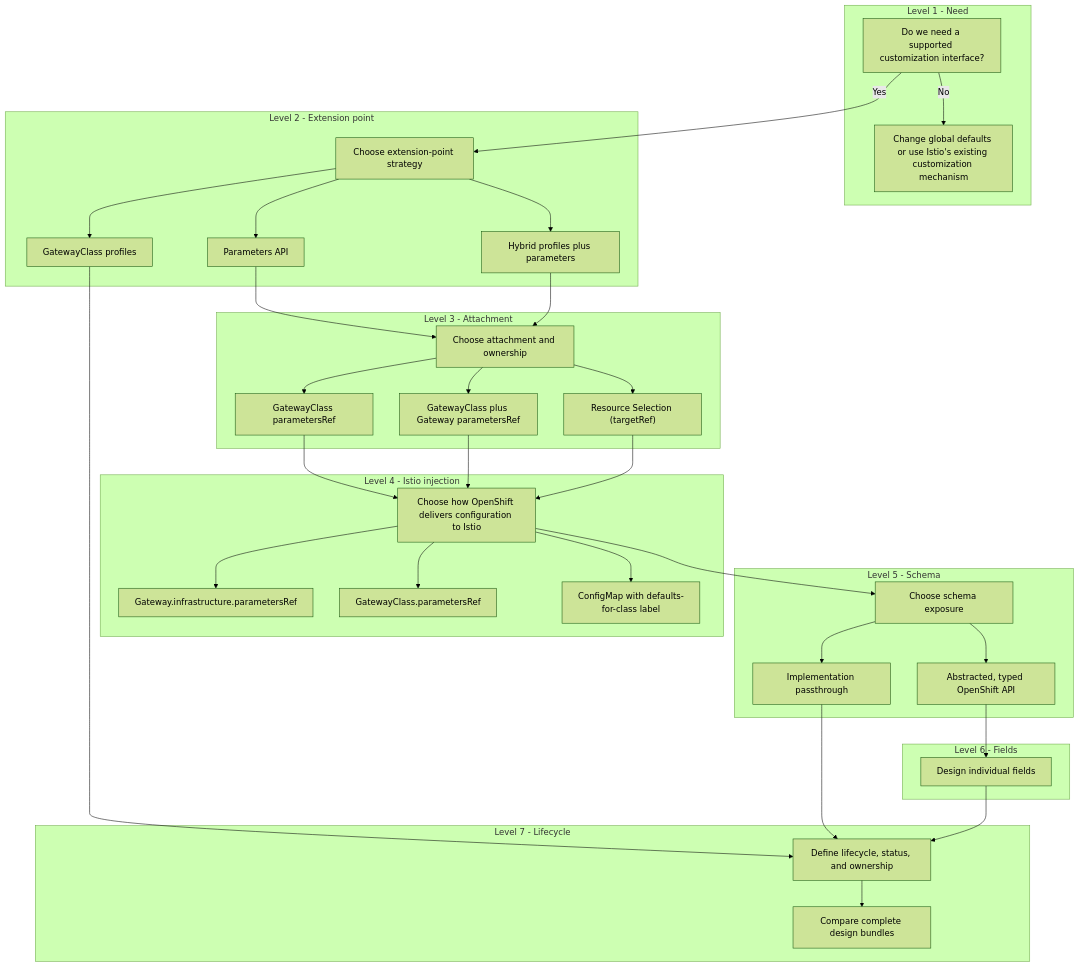
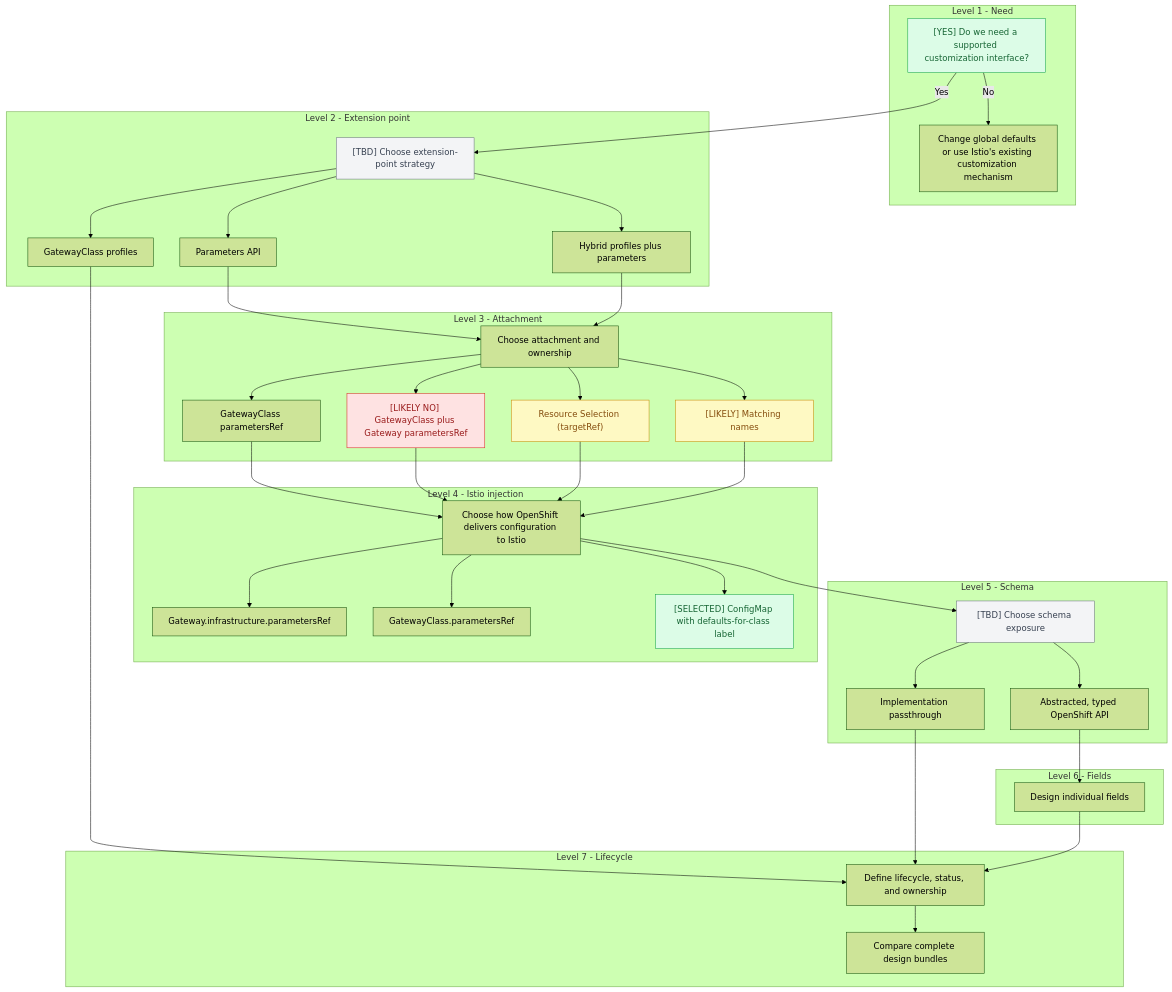
The diagram in docs/gateway-customization/decision-framework.md (gcs278/cluster-ingress-operator), drawn with Mermaid (forest theme) before and after one commit. The commit also changed other lines of this file, not shown here.

Commit message:
Color Gateway customization decision states

````diff
--- a/docs/gateway-customization/decision-framework.md
+++ b/docs/gateway-customization/decision-framework.md
@@ -5,68 +7,81 @@
 ```mermaid
 flowchart TD
     subgraph L1[Level 1 - Need]
-        A["Do we need a supported customization interface?"]
+        A["[YES] Do we need a supported customization interface?"]
         B["Change global defaults or use Istio's existing customization mechanism"]
         A -->|No| B
     end
 
     subgraph L2[Level 2 - Extension point]
-        C["Choose extension-point strategy"]
+        C["[TBD] Choose extension-point strategy"]
         D["Parameters API"]
         E["GatewayClass profiles"]
         F["Hybrid profiles plus parameters"]
         C --> D
         C --> E
         C --> F
     end
 
     subgraph L3[Level 3 - Attachment]
         G["Choose attachment and ownership"]
         H["GatewayClass parametersRef"]
-        T["GatewayClass plus Gateway parametersRef"]
+        T["[LIKELY NO] GatewayClass plus Gateway parametersRef"]
         R["Resource Selection (targetRef)"]
+        M1["[LIKELY] Matching names"]
         G --> H
         G --> T
         G --> R
+        G --> M1
     end
 
     subgraph L4[Level 4 - Istio injection]
         X["Choose how OpenShift delivers configuration to Istio"]
         X1["Gateway.infrastructure.parametersRef"]
         X2["GatewayClass.parametersRef"]
-        X3["ConfigMap with defaults-for-class label"]
+        X3["[SELECTED] ConfigMap with defaults-for-class label"]
         X --> X1
         X --> X2
         X --> X3
     end
 
     subgraph L5[Level 5 - Schema]
-        I["Choose schema exposure"]
+        I["[TBD] Choose schema exposure"]
         J["Abstracted, typed OpenShift API"]
         K["Implementation passthrough"]
         I --> J
         I --> K
     end
 
     subgraph L6[Level 6 - Fields]
         M["Design individual fields"]
     end
 
     subgraph L7[Level 7 - Lifecycle]
         N["Define lifecycle, status, and ownership"]
         O["Compare complete design bundles"]
         N --> O
     end
 
     A -->|Yes| C
     D --> G
     F --> G
     E --> N
     H --> X
     T --> X
     R --> X
+    M1 --> X
     X --> I
     J --> M
     K --> N
     M --> N
+
+    classDef yes fill:#dcfce7,stroke:#16a34a,color:#166534
+    classDef likely fill:#fef9c3,stroke:#ca8a04,color:#854d0e
+    classDef no fill:#fee2e2,stroke:#dc2626,color:#991b1b
+    classDef tbd fill:#f3f4f6,stroke:#6b7280,color:#374151
+
+    class A,X3 yes
+    class R,M1 likely
+    class T no
+    class C,I tbd
 ```
````
